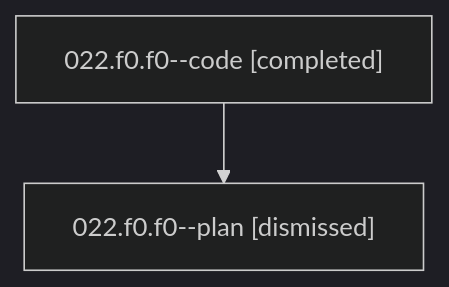
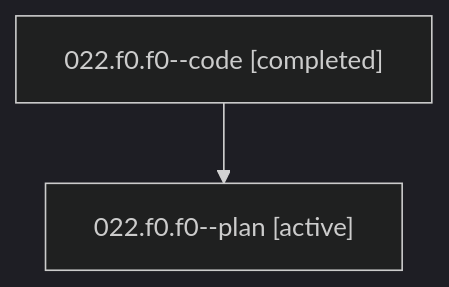
Before and after one commit to bobs-org/bob-cli--agents: the diagram in families/bbugyi200.athena.022.f0.f0.md, drawn with Mermaid (dark theme). The commit also changed other lines of this file and 1279 other files, not shown here.

````diff
--- a/families/bbugyi200.athena.022.f0.f0.md
+++ b/families/bbugyi200.athena.022.f0.f0.md
@@ -9,6 +9,6 @@
 ```mermaid
 flowchart TD
   n0["022.f0.f0--code [completed]"]
-  n1["022.f0.f0--plan [dismissed]"]
+  n1["022.f0.f0--plan [active]"]
   n0 --> n1
 ```
````
